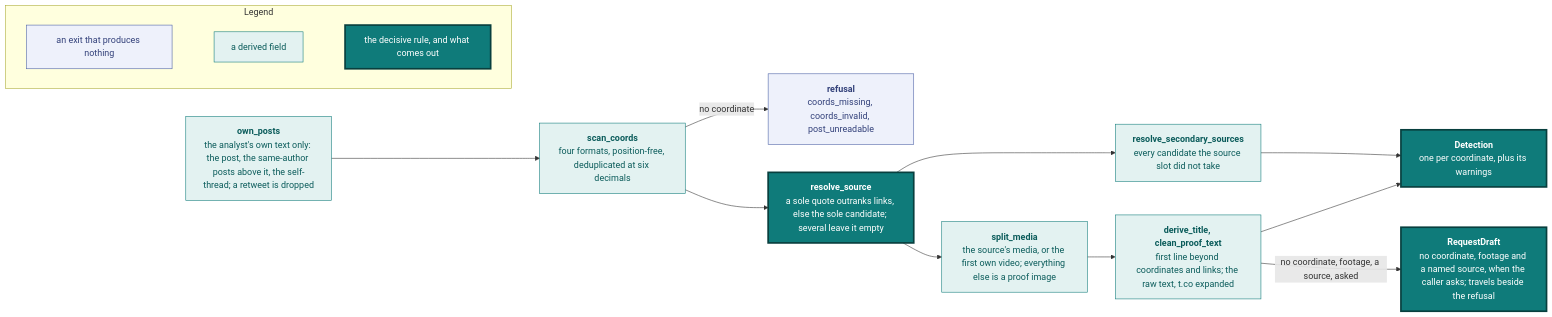
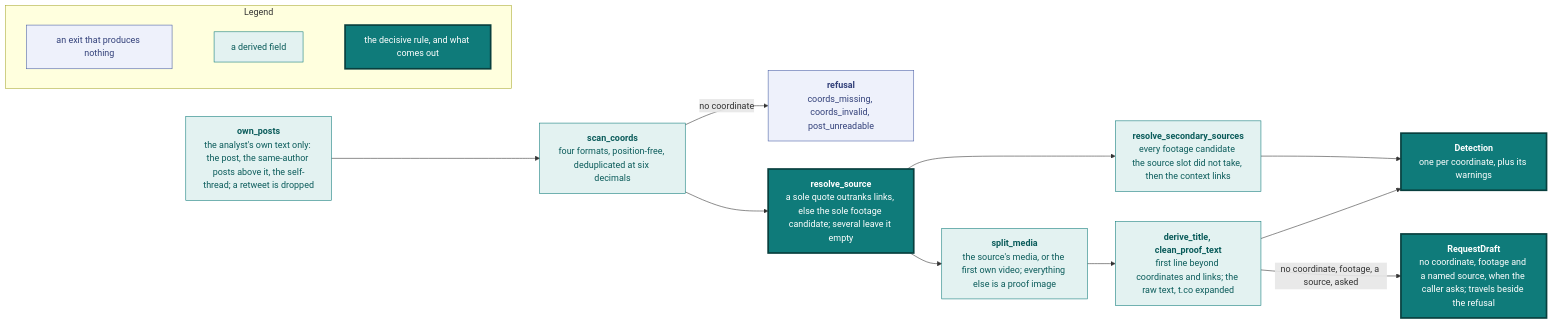
The second of 6 diagrams in docs/ingestion.md (vidithq/vidit), drawn with Mermaid before and after one commit. The commit also changed other lines of this file and 35 other files, not shown here.

First line of the commit message:
feat(backend): date X links from their ids and keep context hosts out of the footage candidates

````diff
--- a/docs/ingestion.md
+++ b/docs/ingestion.md
@@ -77,39 +77,39 @@
 ```mermaid
 flowchart LR
   classDef spec fill:#eef1fb,stroke:#4a5fa5,color:#33417a
   classDef shared fill:#e3f2f1,stroke:#0f7b7a,color:#0b5c5b
   classDef core fill:#0f7b7a,stroke:#083f3e,stroke-width:3px,color:#ffffff
 
   subgraph legend [Legend]
     direction LR
     l1["`an exit that produces nothing`"]:::spec
     l2["`a derived field`"]:::shared
     l3["`the decisive rule, and what comes out`"]:::core
     l1 ~~~ l2 ~~~ l3
   end
 
   text["`**own_posts**
   the analyst's own text only: the post, the same-author posts above it, the self-thread; a retweet is dropped`"]:::shared
   coords["`**scan_coords**
   four formats, position-free, deduplicated at six decimals`"]:::shared
   refuse["`**refusal**
   coords_missing, coords_invalid, post_unreadable`"]:::spec
   src["`**resolve_source**
-  a sole quote outranks links, else the sole candidate; several leave it empty`"]:::core
+  a sole quote outranks links, else the sole footage candidate; several leave it empty`"]:::core
   sec["`**resolve_secondary_sources**
-  every candidate the source slot did not take`"]:::shared
+  every footage candidate the source slot did not take, then the context links`"]:::shared
   media["`**split_media**
   the source's media, or the first own video; everything else is a proof image`"]:::shared
   title["`**derive_title, clean_proof_text**
   first line beyond coordinates and links; the raw text, t.co expanded`"]:::shared
   detection["`**Detection**
   one per coordinate, plus its warnings`"]:::core
   draft["`**RequestDraft**
   no coordinate, footage and a named source, when the caller asks; travels beside the refusal`"]:::core
 
   text --> coords
   coords -- "no coordinate" --> refuse
   coords --> src --> media --> title --> detection
   src --> sec --> detection
   title -- "no coordinate, footage, a source, asked" --> draft
 ```
````
